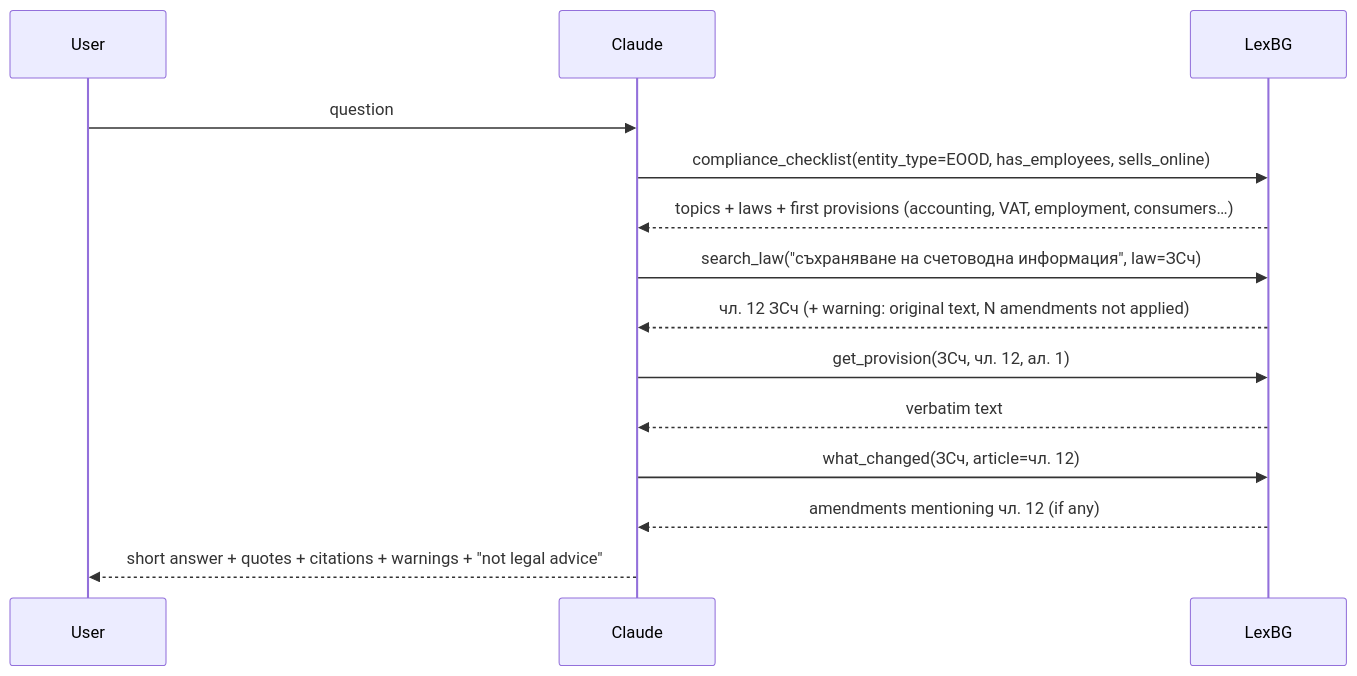
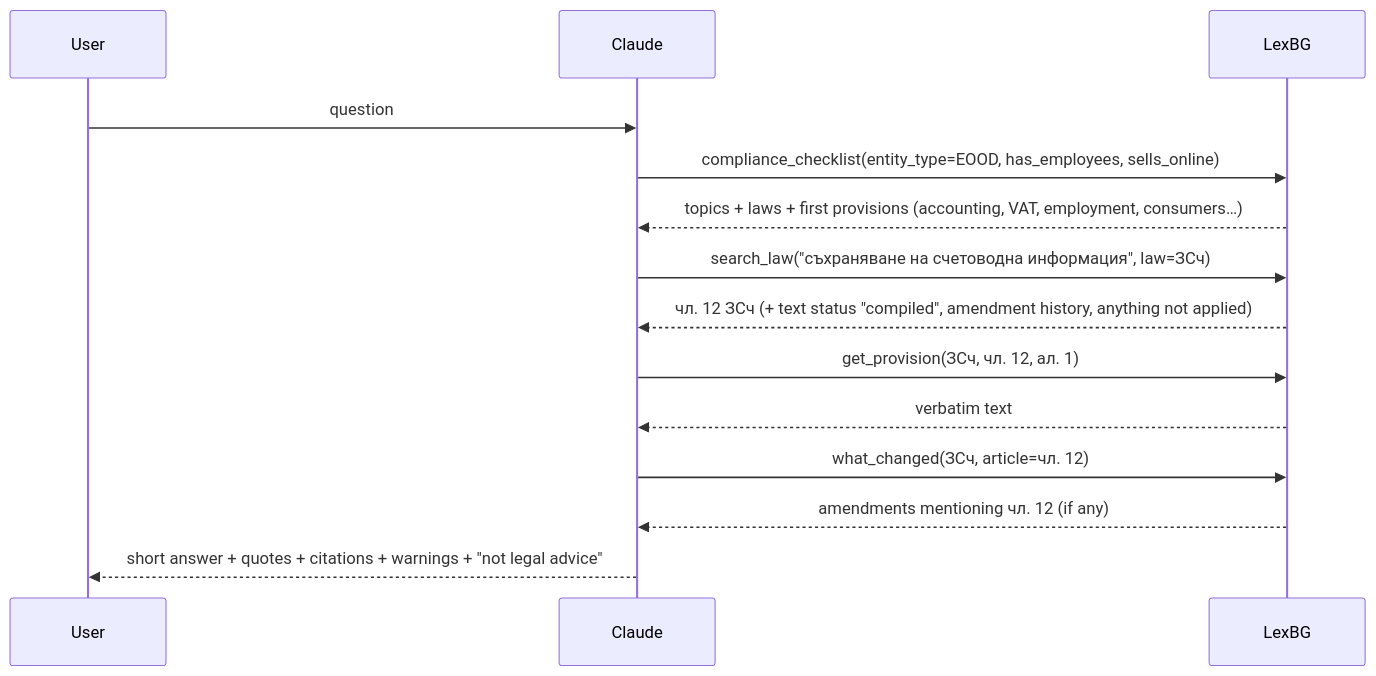
Before and after one commit to StanK1/lexbg-mcp: the diagram in docs/HOW_IT_WORKS.md, drawn with Mermaid. The commit also changed 32 other files, not shown here.

````diff
--- a/docs/HOW_IT_WORKS.md
+++ b/docs/HOW_IT_WORKS.md
@@ -30,16 +30,16 @@
 ```mermaid
 sequenceDiagram
   participant U as User
   participant C as Claude
   participant L as LexBG
   U->>C: question
   C->>L: compliance_checklist(entity_type=EOOD, has_employees, sells_online)
   L-->>C: topics + laws + first provisions (accounting, VAT, employment, consumers…)
   C->>L: search_law("съхраняване на счетоводна информация", law=ЗСч)
-  L-->>C: чл. 12 ЗСч (+ warning: original text, N amendments not applied)
+  L-->>C: чл. 12 ЗСч (+ text status "compiled", amendment history, anything not applied)
   C->>L: get_provision(ЗСч, чл. 12, ал. 1)
   L-->>C: verbatim text
   C->>L: what_changed(ЗСч, article=чл. 12)
   L-->>C: amendments mentioning чл. 12 (if any)
   C-->>U: short answer + quotes + citations + warnings + "not legal advice"
 ```
````
